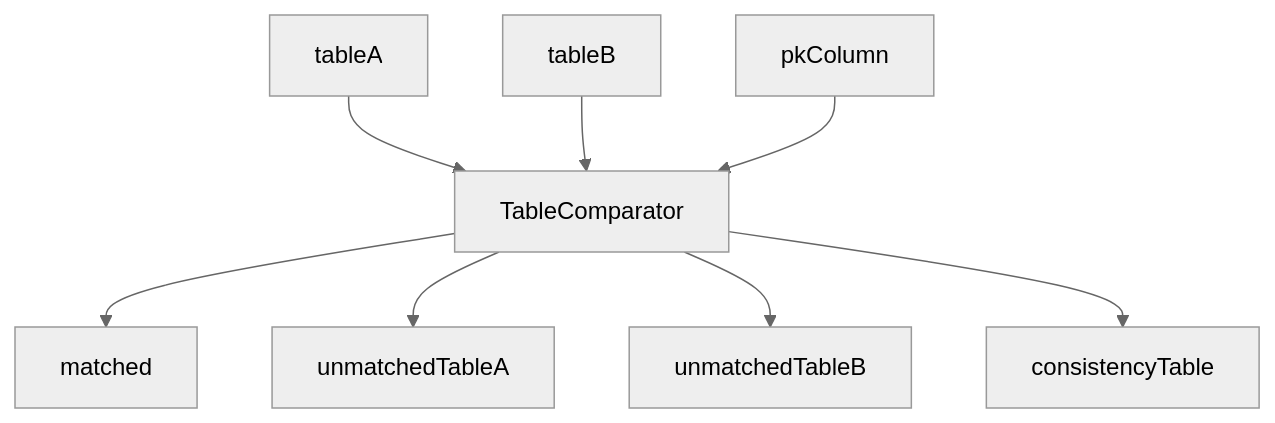
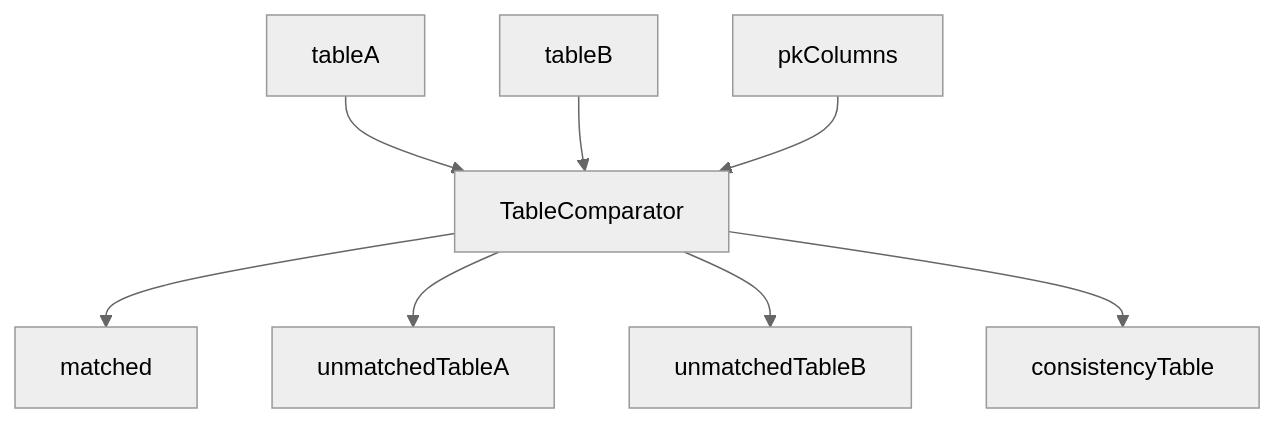
The first of 2 diagrams in README.md (durczokj/table-comparator-cpp), drawn with Mermaid (neutral theme) before and after one commit. The commit also changed other lines of this file and 4 other files, not shown here.

````diff
--- a/README.md
+++ b/README.md
@@ -7,19 +7,19 @@
 ```mermaid
 graph TD
     A[tableA]
     B[tableB]
-    P[pkColumn]
+    P[pkColumns]
     C[TableComparator]
     D[matched]
     E[unmatchedTableA]
     F[unmatchedTableB]
     G[consistencyTable]
 
     A --> C
     B --> C
     P --> C
     C --> D
     C --> E
     C --> F
     C --> G
 ```
````
